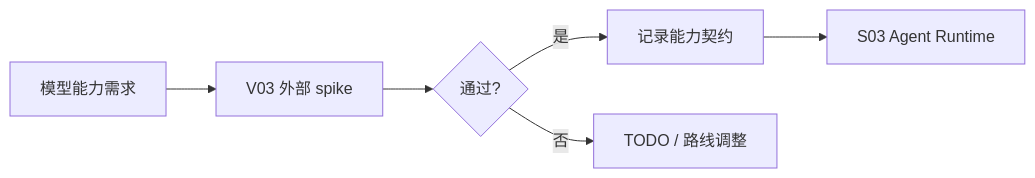
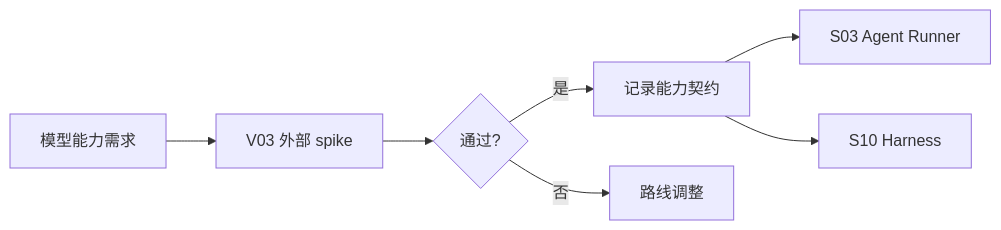
Before and after one commit to jinhuang712/open-novel: the diagram in spec/platform/I01-llm-provider-contract.md, drawn with Mermaid. The commit also changed other lines of this file and 65 other files, not shown here.

````diff
--- a/spec/platform/I01-llm-provider-contract.md
+++ b/spec/platform/I01-llm-provider-contract.md
@@ -17,8 +19,9 @@
 ```mermaid
 flowchart LR
   Need[模型能力需求] --> Spike[V03 外部 spike]
   Spike --> Result{通过?}
   Result -->|是| Contract[记录能力契约]
-  Result -->|否| TODO[TODO / 路线调整]
-  Contract --> Runtime[S03 Agent Runtime]
+  Result -->|否| Route[路线调整]
+  Contract --> Runtime[S03 Agent Runner]
+  Contract --> Harness[S10 Harness]
 ```
````
